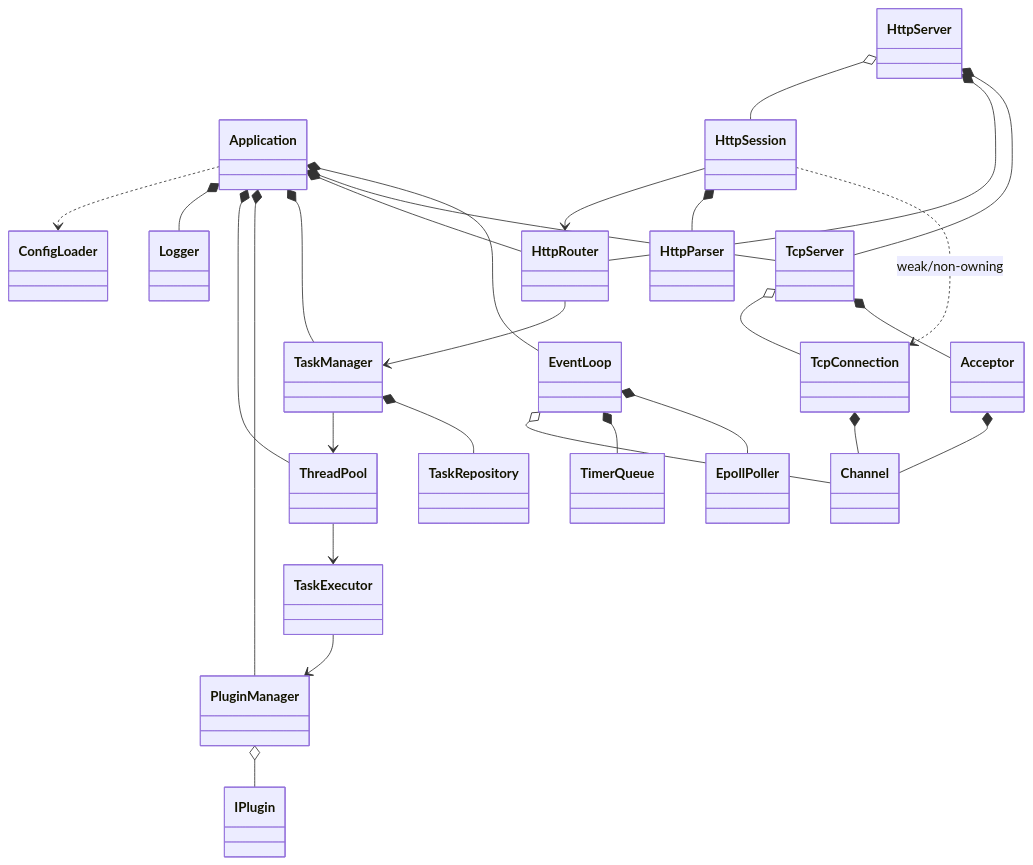
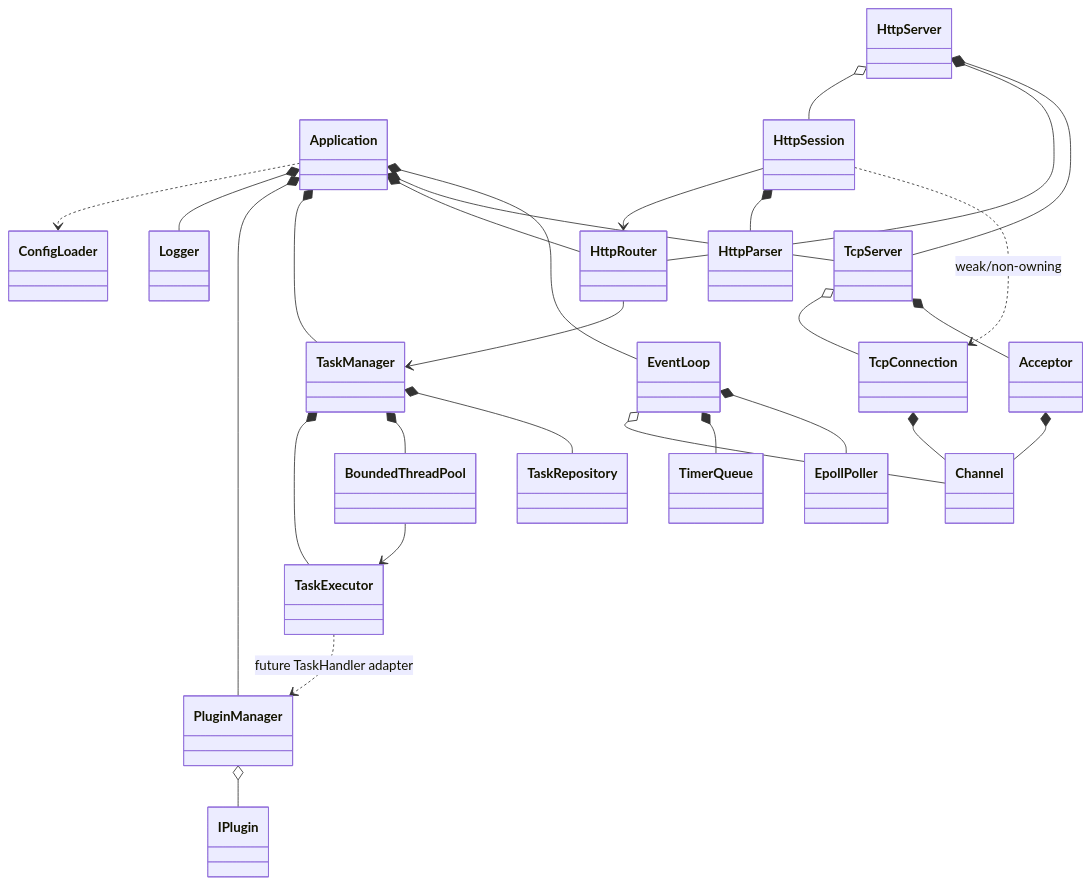
One commit to realme-max/IndustrialAIServiceFramework changed the second of 10 diagrams in docs/architecture.md. Above: the diagram before and after it, drawn with Mermaid. The commit also changed other lines of this file and 31 other files, not shown here.

Commit message:
feat: implement bounded task runtime

````diff
--- a/docs/architecture.md
+++ b/docs/architecture.md
@@ -271,53 +306,53 @@
 ```mermaid
 classDiagram
     class Application
     class EventLoop
     class EpollPoller
     class Channel
     class Acceptor
     class TcpServer
     class TcpConnection
     class HttpServer
     class HttpSession
     class HttpParser
     class HttpRouter
     class TaskManager
     class TaskRepository
-    class ThreadPool
+    class BoundedThreadPool
     class TaskExecutor
     class PluginManager
     class IPlugin
     class TimerQueue
     class Logger
     class ConfigLoader
 
     Application *-- EventLoop
     Application *-- TcpServer
     Application *-- HttpRouter
     Application *-- TaskManager
     Application *-- PluginManager
-    Application *-- ThreadPool
     Application *-- Logger
     Application ..> ConfigLoader
 
     EventLoop *-- EpollPoller
     EventLoop *-- TimerQueue
     EventLoop o-- Channel
     TcpServer *-- Acceptor
     Acceptor *-- Channel
     TcpServer o-- TcpConnection
     TcpConnection *-- Channel
     HttpServer *-- TcpServer
     HttpServer *-- HttpRouter
     HttpServer o-- HttpSession
     HttpSession ..> TcpConnection : weak/non-owning
     HttpSession *-- HttpParser
     HttpSession --> HttpRouter
 
     HttpRouter --> TaskManager
     TaskManager *-- TaskRepository
-    TaskManager --> ThreadPool
-    ThreadPool --> TaskExecutor
-    TaskExecutor --> PluginManager
+    TaskManager *-- BoundedThreadPool
+    TaskManager *-- TaskExecutor
+    BoundedThreadPool --> TaskExecutor
+    TaskExecutor ..> PluginManager : future TaskHandler adapter
     PluginManager o-- IPlugin
 ```
````
